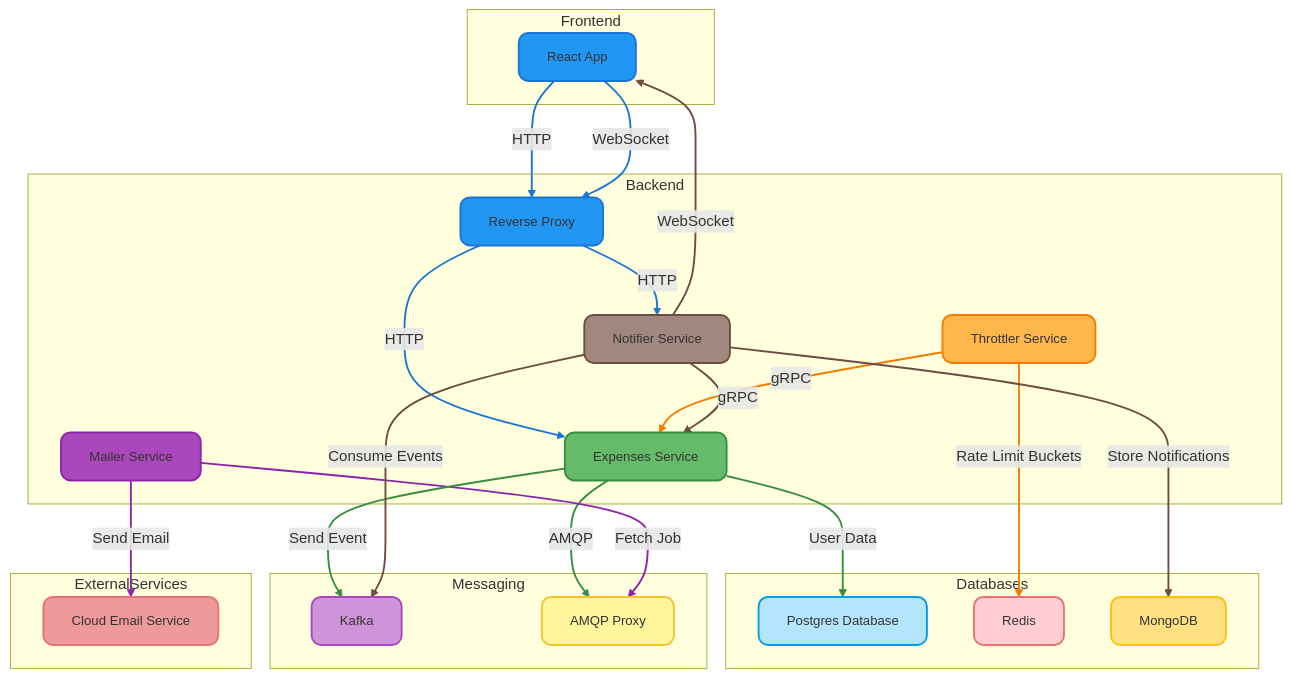
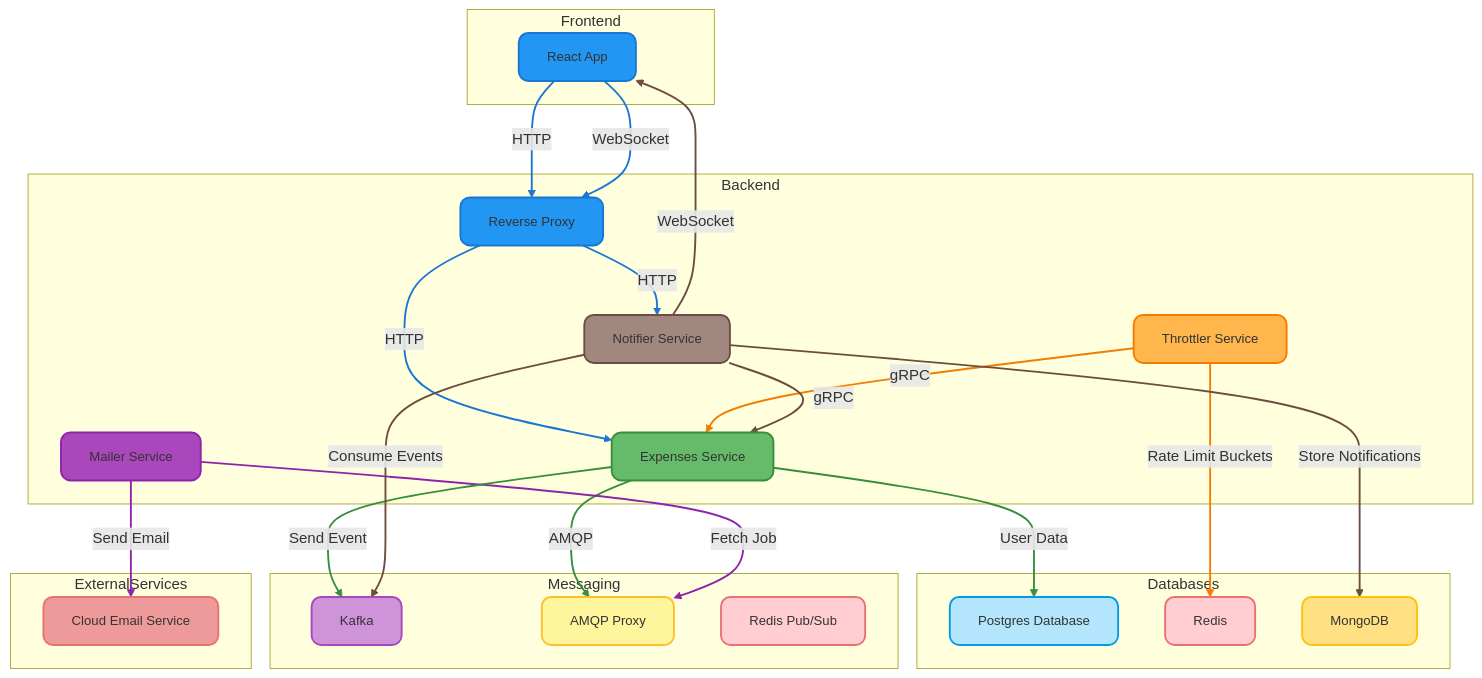
The diagram in README.md (hasAnybodySeenHarry/expenses), drawn with Mermaid before and after one commit.

Commit message:
Added redis pub/sub

````diff
--- a/README.md
+++ b/README.md
@@ -7,76 +7,78 @@
 ```mermaid
 graph TD
     style ReactApp fill:#2196F3,stroke:#1976D2,stroke-width:2px,color:#333,font-size:14px,rx:10,ry:10
     style ReverseProxy fill:#2196F3,stroke:#1976D2,stroke-width:2px,color:#333,font-size:14px,rx:10,ry:10
     style Expenses fill:#66BB6A,stroke:#388E3C,stroke-width:2px,color:#333,font-size:14px,rx:10,ry:10
     style Throttler fill:#FFB74D,stroke:#F57C00,stroke-width:2px,color:#333,font-size:14px,rx:10,ry:10
     style Mailer fill:#AB47BC,stroke:#8E24AA,stroke-width:2px,color:#333,font-size:14px,rx:10,ry:10
     style Notifier fill:#A1887F,stroke:#6D4C41,stroke-width:2px,color:#333,font-size:14px,rx:10,ry:10
     style Postgres fill:#B3E5FC,stroke:#039BE5,stroke-width:2px,color:#333,font-size:14px,rx:10,ry:10
     style Redis fill:#FFCDD2,stroke:#E57373,stroke-width:2px,color:#333,font-size:14px,rx:10,ry:10
     style MongoDB fill:#FFE082,stroke:#FFC107,stroke-width:2px,color:#333,font-size:14px,rx:10,ry:10
     style Kafka fill:#CE93D8,stroke:#AB47BC,stroke-width:2px,color:#333,font-size:14px,rx:10,ry:10
     style AMQP fill:#FFF59D,stroke:#FBC02D,stroke-width:2px,color:#333,font-size:14px,rx:10,ry:10
+    style RedisPubSub fill:#FFCDD2,stroke:#E57373,stroke-width:2px,color:#333,font-size:14px,rx:10,ry:10
     style CloudEmail fill:#EF9A9A,stroke:#E57373,stroke-width:2px,color:#333,font-size:14px,rx:10,ry:10
 
     subgraph Frontend
         ReactApp[React App]
     end
 
     subgraph Backend
         ReverseProxy[Reverse Proxy]
         Expenses[Expenses Service]
         Throttler[Throttler Service]
         Mailer[Mailer Service]
         Notifier[Notifier Service]
     end
 
     subgraph Databases
         Postgres[Postgres Database]
         Redis[Redis]
         MongoDB[MongoDB]
     end
 
     subgraph Messaging
         Kafka[Kafka]
+        RedisPubSub[Redis Pub/Sub]
         AMQP[AMQP Proxy]
     end
 
     subgraph ExternalServices
         CloudEmail[Cloud Email Service]
     end
 
     %% Define connections with labels and directions
     ReactApp -- HTTP --> ReverseProxy
     ReverseProxy -- HTTP --> Expenses
     Expenses -- User Data --> Postgres
     Throttler -- gRPC --> Expenses
     Throttler -- Rate Limit Buckets --> Redis
     Expenses -- AMQP --> AMQP
     Mailer -- Fetch Job --> AMQP
     Mailer -- Send Email --> CloudEmail
     Expenses -- Send Event --> Kafka
     Notifier -- Consume Events --> Kafka
     Notifier -- Store Notifications --> MongoDB
     ReactApp -- WebSocket --> ReverseProxy
     ReverseProxy -- HTTP --> Notifier
     Notifier -- gRPC --> Expenses
     Notifier -- WebSocket --> ReactApp
 
     %% Style links
     linkStyle 0 stroke:#1976D2,stroke-width:2px
     linkStyle 1 stroke:#1976D2,stroke-width:2px
     linkStyle 2 stroke:#388E3C,stroke-width:2px
     linkStyle 3 stroke:#F57C00,stroke-width:2px
     linkStyle 4 stroke:#F57C00,stroke-width:2px
     linkStyle 5 stroke:#388E3C,stroke-width:2px
     linkStyle 6 stroke:#8E24AA,stroke-width:2px
     linkStyle 7 stroke:#8E24AA,stroke-width:2px
     linkStyle 8 stroke:#388E3C,stroke-width:2px
     linkStyle 9 stroke:#6D4C41,stroke-width:2px
     linkStyle 10 stroke:#6D4C41,stroke-width:2px
     linkStyle 11 stroke:#1976D2,stroke-width:2px
     linkStyle 12 stroke:#1976D2,stroke-width:2px
     linkStyle 13 stroke:#6D4C41,stroke-width:2px
     linkStyle 14 stroke:#6D4C41,stroke-width:2px
 ```
````
